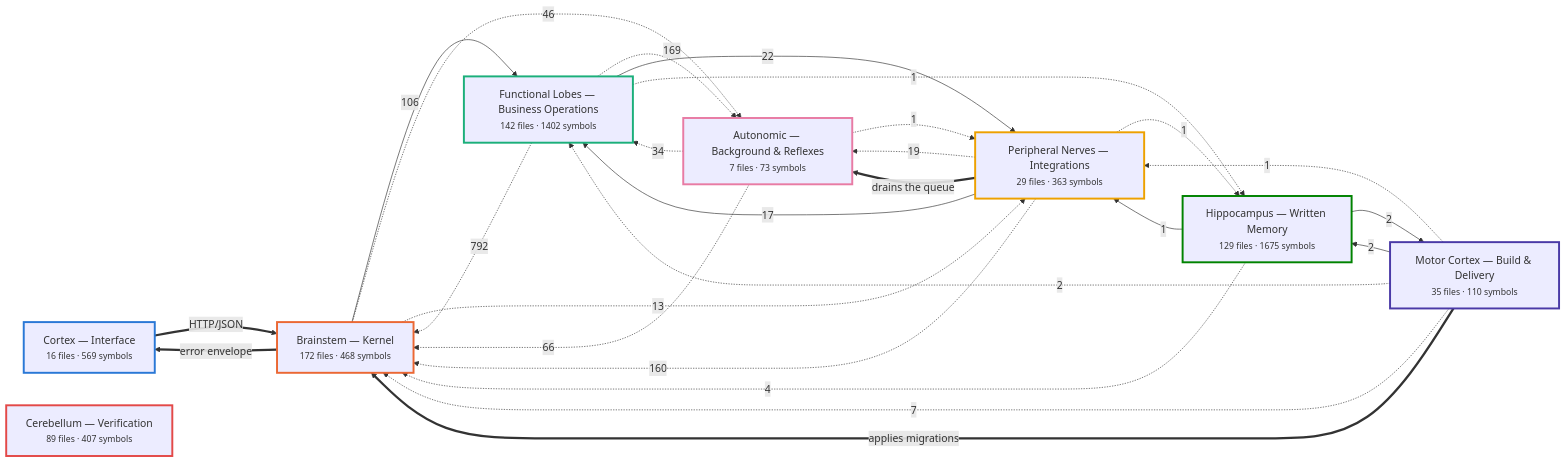
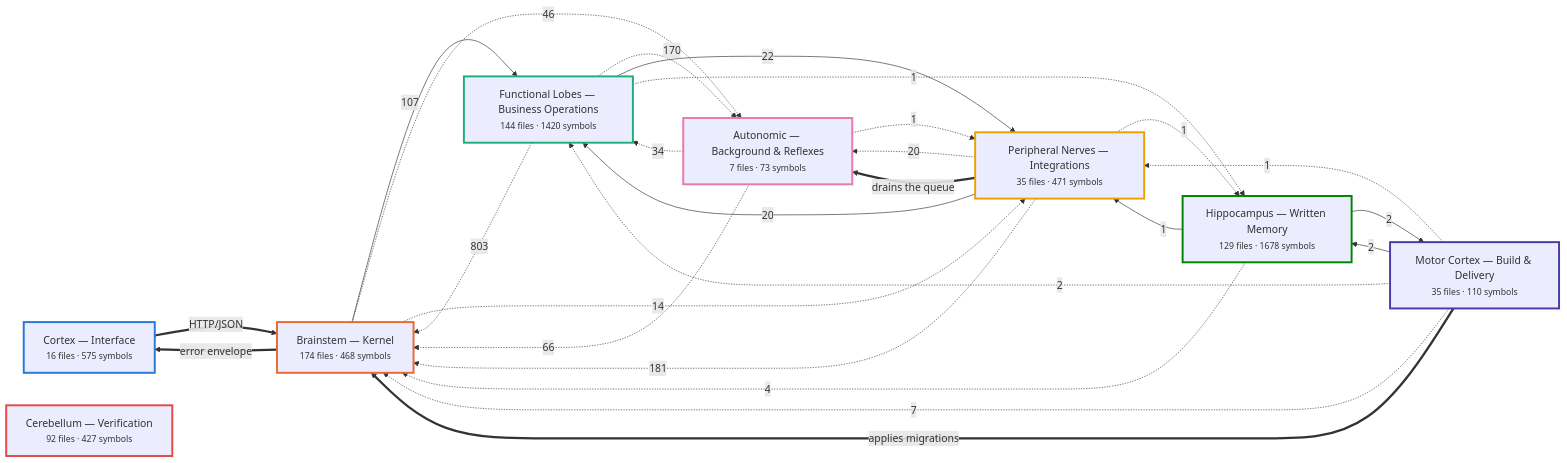
The first of 7 diagrams in docs/brain/BRAIN.md (Vishalnayak226/custom_erp), drawn with Mermaid before and after one commit. The commit also changed other lines of this file and 36 other files, not shown here.

````diff
--- a/docs/brain/BRAIN.md
+++ b/docs/brain/BRAIN.md
@@ -35,52 +35,52 @@
 ```mermaid
 flowchart LR
-  n_cortex["Cortex — Interface<br/><small>16 files · 569 symbols</small>"]
-  n_brainstem["Brainstem — Kernel<br/><small>172 files · 468 symbols</small>"]
-  n_business["Functional Lobes — Business Operations<br/><small>142 files · 1402 symbols</small>"]
-  n_peripheral["Peripheral Nerves — Integrations<br/><small>29 files · 363 symbols</small>"]
+  n_cortex["Cortex — Interface<br/><small>16 files · 575 symbols</small>"]
+  n_brainstem["Brainstem — Kernel<br/><small>174 files · 468 symbols</small>"]
+  n_business["Functional Lobes — Business Operations<br/><small>144 files · 1420 symbols</small>"]
+  n_peripheral["Peripheral Nerves — Integrations<br/><small>35 files · 471 symbols</small>"]
   n_autonomic["Autonomic — Background & Reflexes<br/><small>7 files · 73 symbols</small>"]
-  n_memory["Hippocampus — Written Memory<br/><small>129 files · 1675 symbols</small>"]
+  n_memory["Hippocampus — Written Memory<br/><small>129 files · 1678 symbols</small>"]
   n_motor["Motor Cortex — Build & Delivery<br/><small>35 files · 110 symbols</small>"]
-  n_verification["Cerebellum — Verification<br/><small>89 files · 407 symbols</small>"]
-  n_business -.->|792| n_brainstem
-  n_business -.->|169| n_autonomic
-  n_peripheral -.->|160| n_brainstem
-  n_brainstem -->|106| n_business
+  n_verification["Cerebellum — Verification<br/><small>92 files · 427 symbols</small>"]
+  n_business -.->|803| n_brainstem
+  n_peripheral -.->|181| n_brainstem
+  n_business -.->|170| n_autonomic
+  n_brainstem -->|107| n_business
   n_autonomic -.->|66| n_brainstem
   n_brainstem -.->|46| n_autonomic
   n_autonomic -.->|34| n_business
   n_business -->|22| n_peripheral
-  n_peripheral -.->|19| n_autonomic
-  n_peripheral -->|17| n_business
-  n_brainstem -.->|13| n_peripheral
+  n_peripheral -.->|20| n_autonomic
+  n_peripheral -->|20| n_business
+  n_brainstem -.->|14| n_peripheral
   n_motor -.->|7| n_brainstem
   n_memory -.->|4| n_brainstem
   n_memory -->|2| n_motor
+  n_motor -.->|2| n_business
   n_motor -->|2| n_memory
-  n_motor -.->|2| n_business
   n_business -.->|1| n_memory
+  n_memory -->|1| n_peripheral
+  n_autonomic -.->|1| n_peripheral
   n_peripheral -.->|1| n_memory
   n_motor -.->|1| n_peripheral
-  n_memory -->|1| n_peripheral
-  n_autonomic -.->|1| n_peripheral
   n_brainstem ==>|error envelope| n_cortex
   n_cortex ==>|HTTP/JSON| n_brainstem
   n_motor ==>|applies migrations| n_brainstem
   n_peripheral ==>|drains the queue| n_autonomic
   classDef n_cortex stroke:#2a78d6,stroke-width:3px;
   class n_cortex n_cortex;
   classDef n_brainstem stroke:#eb6834,stroke-width:3px;
   class n_brainstem n_brainstem;
   classDef n_business stroke:#1baf7a,stroke-width:3px;
   class n_business n_business;
   classDef n_peripheral stroke:#eda100,stroke-width:3px;
   class n_peripheral n_peripheral;
   classDef n_autonomic stroke:#e87ba4,stroke-width:3px;
   class n_autonomic n_autonomic;
   classDef n_memory stroke:#008300,stroke-width:3px;
   class n_memory n_memory;
   classDef n_motor stroke:#4a3aa7,stroke-width:3px;
   class n_motor n_motor;
   classDef n_verification stroke:#e34948,stroke-width:3px;
   class n_verification n_verification;
 ```
````
